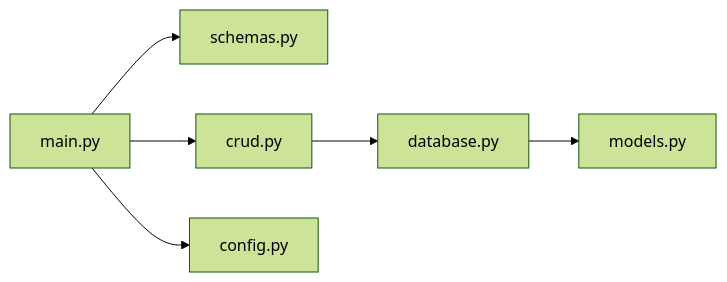
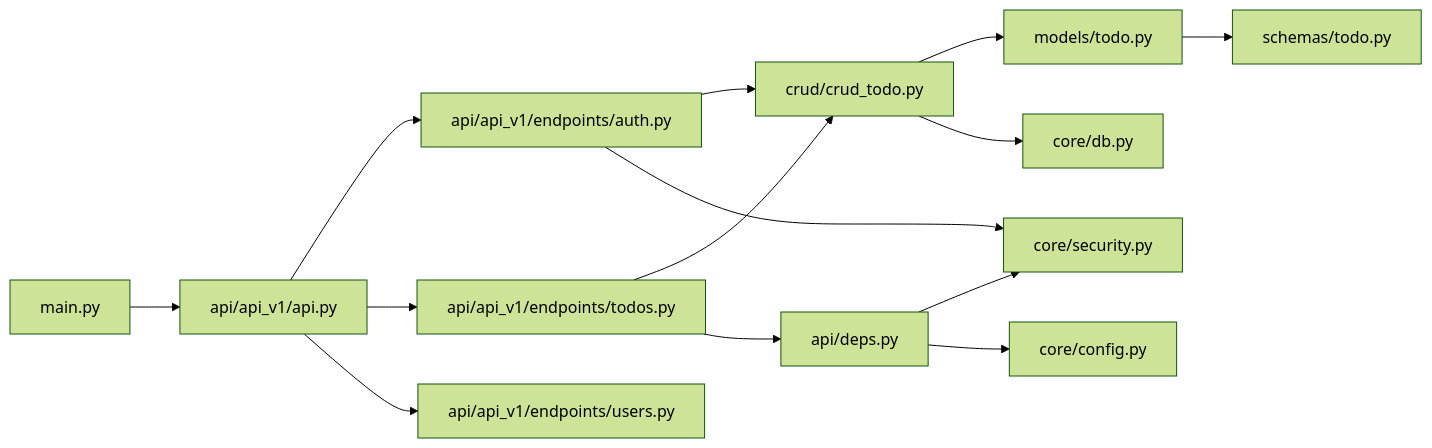
The seventh of 7 diagrams in .qoder/repowiki/ja/content/APIリファレンス/TODO管理API.md (ss8806/Todos), drawn with Mermaid (forest theme) before and after one commit. The commit also changed other lines of this file and 6 other files, not shown here.

````diff
--- a/.qoder/repowiki/ja/content/APIリファレンス/TODO管理API.md
+++ b/.qoder/repowiki/ja/content/APIリファレンス/TODO管理API.md
@@ -387,8 +430,16 @@
 ```mermaid
 graph LR
-MAIN["main.py"] --> SCHEMA["schemas.py"]
-MAIN --> CRUD["crud.py"]
-CRUD --> DB["database.py"]
-DB --> MODEL["models.py"]
-MAIN --> CONFIG["config.py"]
+MAIN["main.py"] --> API["api/api_v1/api.py"]
+API --> AUTH["api/api_v1/endpoints/auth.py"]
+API --> TODOS["api/api_v1/endpoints/todos.py"]
+API --> USERS["api/api_v1/endpoints/users.py"]
+TODOS --> CRUD["crud/crud_todo.py"]
+CRUD --> MODEL["models/todo.py"]
+CRUD --> DB["core/db.py"]
+MODEL --> SCHEMA["schemas/todo.py"]
+TODOS --> DEPS["api/deps.py"]
+DEPS --> SEC["core/security.py"]
+DEPS --> CFG["core/config.py"]
+AUTH --> CRUD
+AUTH --> SEC
 ```
````
